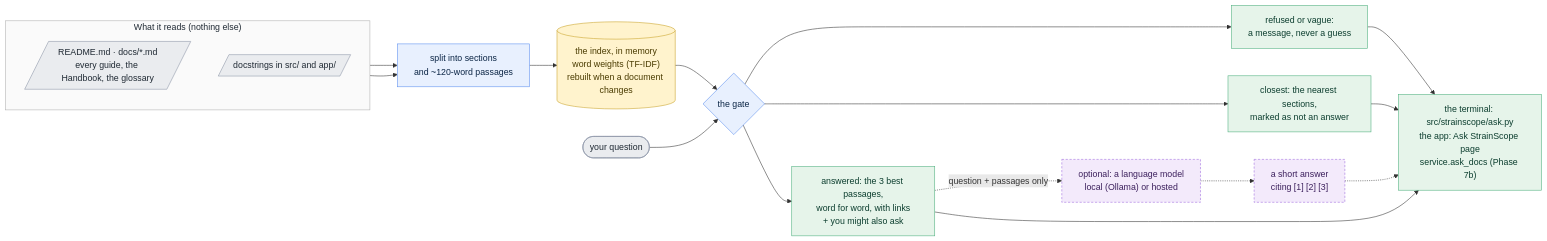
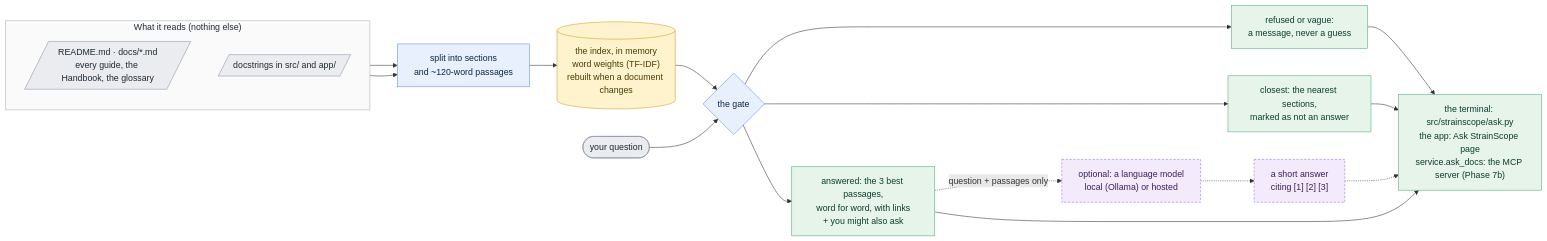
One commit to akannan2987/strainscope changed the diagram in docs/07b-docs-assistant.md. Above: the diagram before and after it, drawn with Mermaid. The commit also changed other lines of this file and 34 other files, not shown here.

Commit message:
feat: add the MCP server: nine read-only tools for AI assistant apps

````diff
--- a/docs/07b-docs-assistant.md
+++ b/docs/07b-docs-assistant.md
@@ -89,45 +89,45 @@
 ```mermaid
 flowchart LR
     subgraph SOURCES["What it reads (nothing else)"]
         direction TB
         DOCS[/"README.md · docs/*.md<br/>every guide, the Handbook, the glossary"/]
         CODE[/"docstrings in src/ and app/"/]
     end
     SPLIT["split into sections<br/>and ~120-word passages"]
     INDEX[("the index, in memory<br/>word weights (TF-IDF)<br/>rebuilt when a document changes")]
     Q(["your question"])
     GATE{"the gate"}
     NO["refused or vague:<br/>a message, never a guess"]
     CLOSE["closest: the nearest sections,<br/>marked as not an answer"]
     HITS["answered: the 3 best passages,<br/>word for word, with links<br/>+ you might also ask"]
     LLM["optional: a language model<br/>local (Ollama) or hosted"]
     WRITE["a short answer<br/>citing [1] [2] [3]"]
-    OUT["the terminal: src/strainscope/ask.py<br/>the app: Ask StrainScope page<br/>service.ask_docs (Phase 7b)"]
+    OUT["the terminal: src/strainscope/ask.py<br/>the app: Ask StrainScope page<br/>service.ask_docs: the MCP server (Phase 7b)"]
 
     DOCS --> SPLIT
     CODE --> SPLIT
     SPLIT --> INDEX
     Q --> GATE
     INDEX --> GATE
     GATE --> NO
     GATE --> CLOSE
     GATE --> HITS
     HITS -.->|"question + passages only"| LLM
     LLM -.-> WRITE
     HITS --> OUT
     CLOSE --> OUT
     NO --> OUT
     WRITE -.-> OUT
 
     classDef laptop fill:#E8F0FE,stroke:#5B8DEF,color:#0B2545;
     classDef store fill:#FFF3CD,stroke:#C9A227,color:#4A3B00;
     classDef artifact fill:#EAECEF,stroke:#8A94A6,color:#1F2933;
     classDef cloud fill:#E6F4EA,stroke:#4CAF7D,color:#0B3D2E;
     classDef optional fill:#F3EAFB,stroke:#9C6ADE,color:#3B1F5C,stroke-dasharray:4 3;
     class SPLIT,GATE laptop
     class INDEX store
     class DOCS,CODE,Q artifact
     class NO,CLOSE,HITS,OUT cloud
     class LLM,WRITE optional
     style SOURCES fill:#FAFAFA,stroke:#B0B0B0,color:#1F2933
 ```
````
